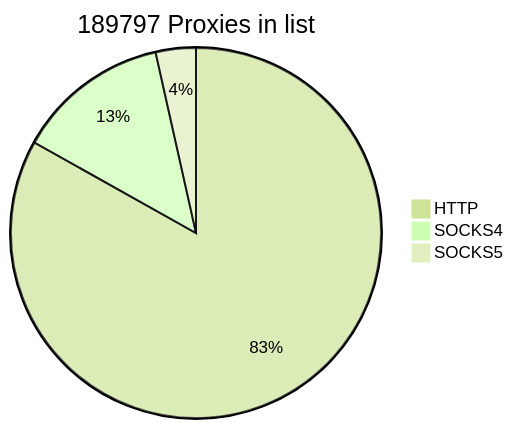
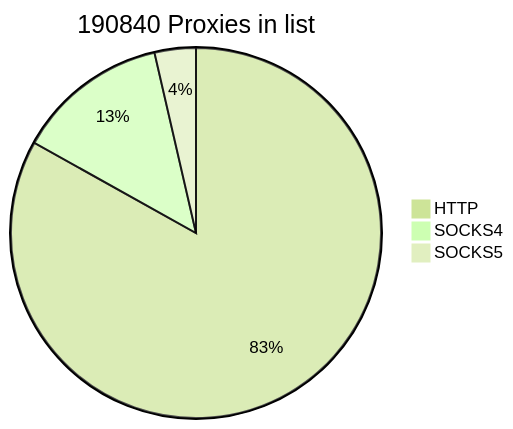
The first of 2 diagrams in README.md (cutipu/proxylist), drawn with Mermaid (forest theme) before and after one commit. The commit also changed other lines of this file, not shown here.

````diff
--- a/README.md
+++ b/README.md
@@ -2,7 +2,7 @@
 ```mermaid
-pie title 189797 Proxies in list
-    "HTTP" : 157761
-    "SOCKS4" : 25385
-    "SOCKS5" : 6651
+pie title 190840 Proxies in list
+    "HTTP" : 158578
+    "SOCKS4" : 25386
+    "SOCKS5" : 6876
             
 ```
````
